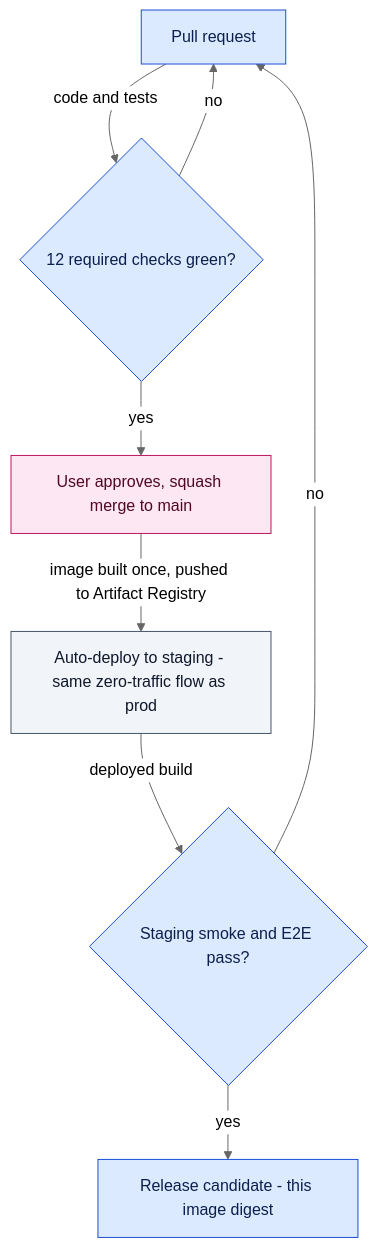
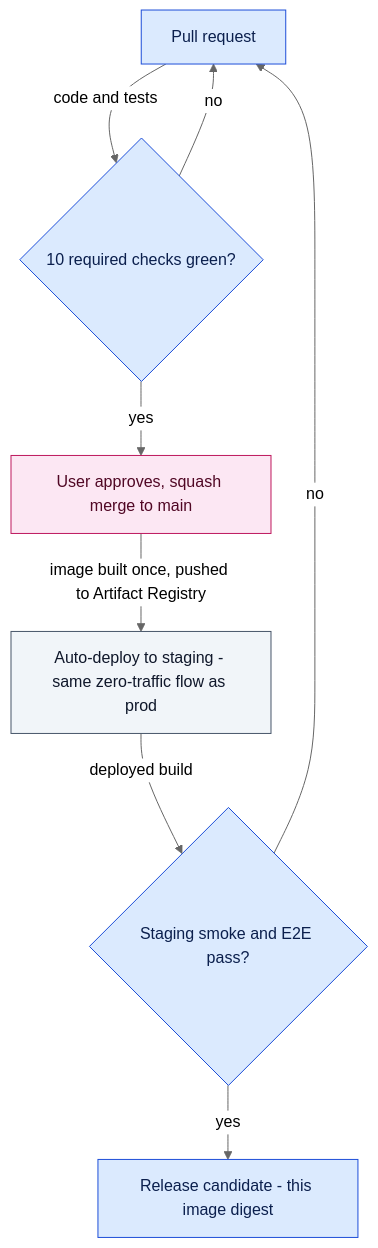
One commit to maniacultasset/ai-marketplace-os changed diagram 36 of 42 in docs/architecture/BACKEND-ARCHITECTURE.md. Above: the diagram before and after it, drawn with Mermaid (neutral theme). The commit also changed other lines of this file and 18 other files, not shown here.

````diff
--- a/docs/architecture/BACKEND-ARCHITECTURE.md
+++ b/docs/architecture/BACKEND-ARCHITECTURE.md
@@ -2509,23 +2509,23 @@
 ```mermaid
 flowchart TB
   PR["Pull request"]:::backend
-  CK{"12 required checks green?"}:::backend
+  CK{"10 required checks green?"}:::backend
   MG["User approves, squash merge to main"]:::human
   STG["Auto-deploy to staging - same zero-traffic flow as prod"]:::gcp
   SE{"Staging smoke and E2E pass?"}:::backend
   RC["Release candidate - this image digest"]:::backend
   PR -->|"code and tests"| CK
   CK -->|"no"| PR
   CK -->|"yes"| MG
   MG -->|"image built once, pushed to Artifact Registry"| STG
   STG -->|"deployed build"| SE
   SE -->|"no"| PR
   SE -->|"yes"| RC
   classDef backend fill:#dbeafe,stroke:#1d4ed8,color:#0b1f4d;
   classDef ai fill:#ede9fe,stroke:#6d28d9,color:#2e1065;
   classDef fe fill:#dcfce7,stroke:#15803d,color:#052e16;
   classDef data fill:#fef9c3,stroke:#a16207,color:#422006;
   classDef gcp fill:#f1f5f9,stroke:#475569,color:#0f172a;
   classDef external fill:#ffedd5,stroke:#c2410c,color:#431407;
   classDef human fill:#fce7f3,stroke:#be185d,color:#500724;
 ```
````
